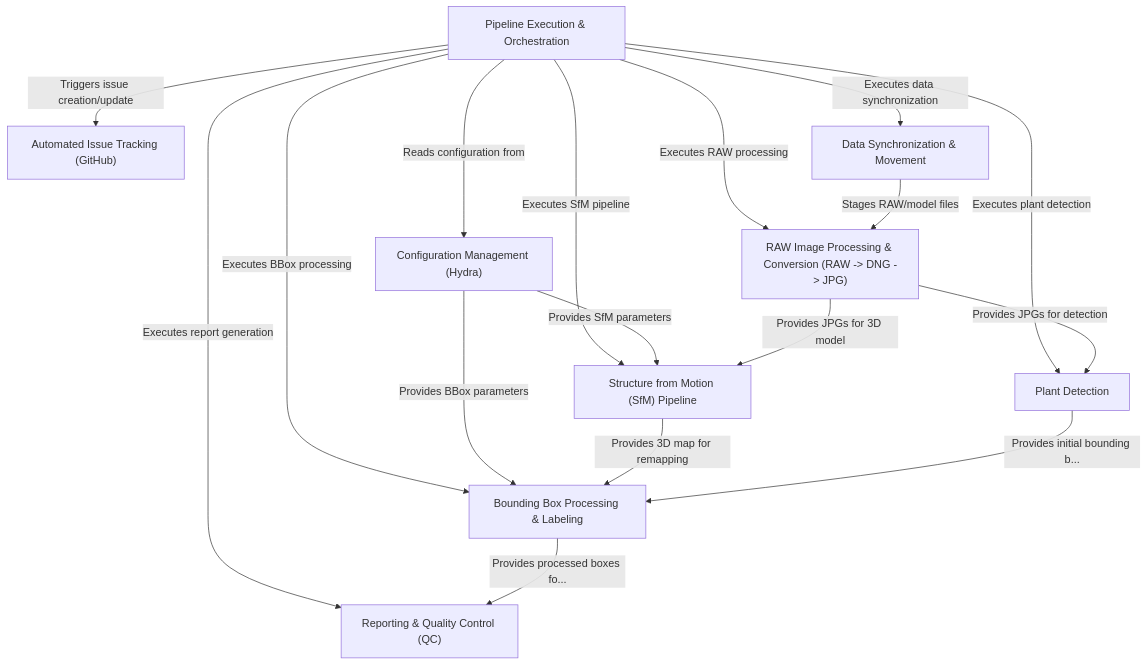
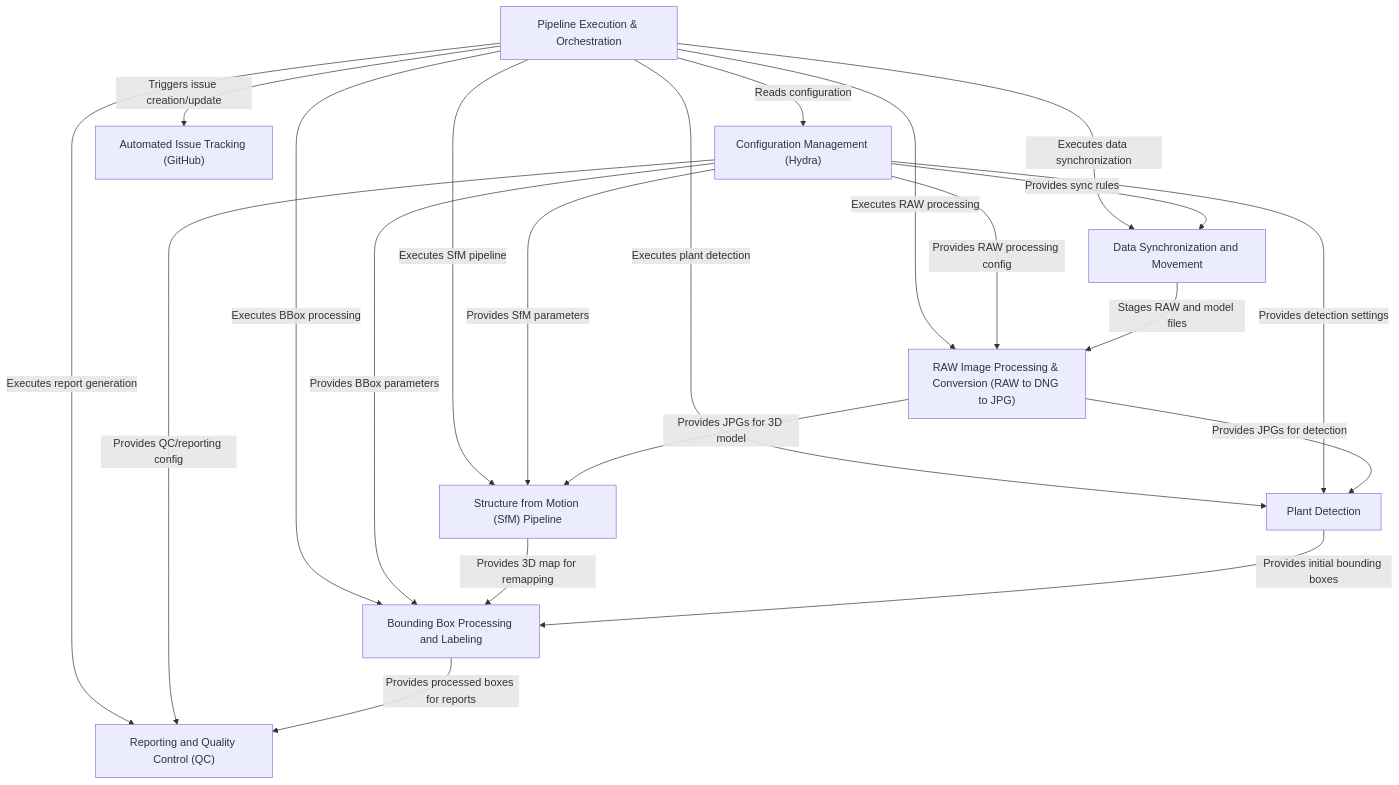
Before and after one commit to precision-sustainable-ag/SemiF-Preprocessing: the diagram in README.md, drawn with Mermaid.

````diff
--- a/README.md
+++ b/README.md
@@ -8,37 +7,35 @@
 ```mermaid
 flowchart TD
-    A0["Pipeline Execution & Orchestration
-"]
-    A1["Configuration Management (Hydra)
-"]
-    A2["RAW Image Processing & Conversion (RAW -> DNG -> JPG)
-"]
-    A3["Structure from Motion (SfM) Pipeline
-"]
-    A4["Plant Detection
-"]
-    A5["Bounding Box Processing & Labeling
-"]
-    A6["Reporting & Quality Control (QC)
-"]
-    A7["Automated Issue Tracking (GitHub)
-"]
-    A8["Data Synchronization & Movement
-"]
-    A0 -- "Reads configuration from" --> A1
-    A0 -- "Executes RAW processing" --> A2
-    A0 -- "Executes SfM pipeline" --> A3
-    A0 -- "Executes plant detection" --> A4
-    A0 -- "Executes BBox processing" --> A5
-    A0 -- "Executes report generation" --> A6
-    A0 -- "Triggers issue creation/update" --> A7
-    A0 -- "Executes data synchronization" --> A8
-    A1 -- "Provides SfM parameters" --> A3
-    A1 -- "Provides BBox parameters" --> A5
-    A2 -- "Provides JPGs for 3D model" --> A3
-    A2 -- "Provides JPGs for detection" --> A4
-    A3 -- "Provides 3D map for remapping" --> A5
-    A4 -- "Provides initial bounding b..." --> A5
-    A5 -- "Provides processed boxes fo..." --> A6
-    A8 -- "Stages RAW/model files" --> A2
+    A0["Pipeline Execution & Orchestration"]
+    A1["Configuration Management (Hydra)"]
+    A2["RAW Image Processing & Conversion (RAW to DNG to JPG)"]
+    A3["Structure from Motion (SfM) Pipeline"]
+    A4["Plant Detection"]
+    A5["Bounding Box Processing and Labeling"]
+    A6["Reporting and Quality Control (QC)"]
+    A7["Automated Issue Tracking (GitHub)"]
+    A8["Data Synchronization and Movement"]
+
+    A0 -->|Reads configuration| A1
+    A0 -->|Executes RAW processing| A2
+    A0 -->|Executes SfM pipeline| A3
+    A0 -->|Executes plant detection| A4
+    A0 -->|Executes BBox processing| A5
+    A0 -->|Executes report generation| A6
+    A0 -->|Triggers issue creation/update| A7
+    A0 -->|Executes data synchronization| A8
+
+    A1 -->|Provides RAW processing config| A2
+    A1 -->|Provides SfM parameters| A3
+    A1 -->|Provides detection settings| A4
+    A1 -->|Provides BBox parameters| A5
+    A1 -->|Provides QC/reporting config| A6
+    A1 -->|Provides sync rules| A8
+
+    A2 -->|Provides JPGs for 3D model| A3
+    A2 -->|Provides JPGs for detection| A4
+    A3 -->|Provides 3D map for remapping| A5
+    A4 -->|Provides initial bounding boxes| A5
+    A5 -->|Provides processed boxes for reports| A6
+    A8 -->|Stages RAW and model files| A2
 ```
````
